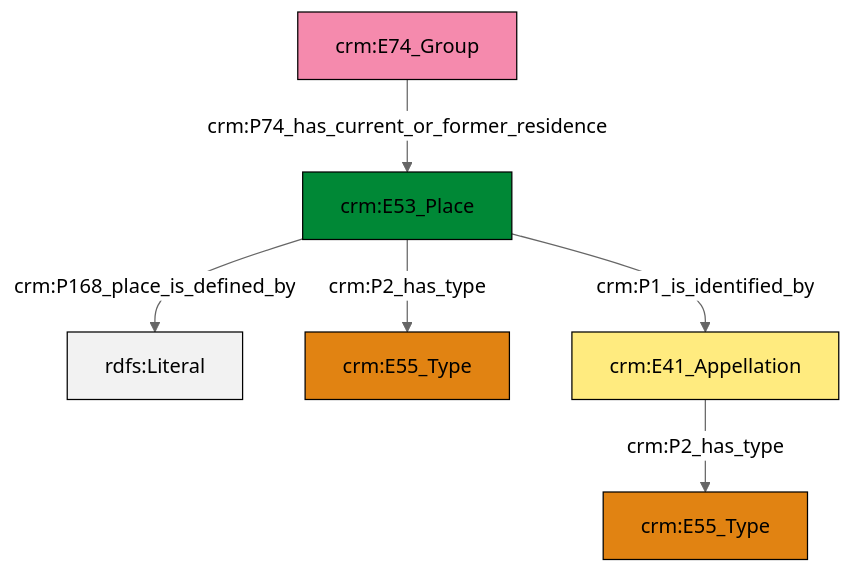
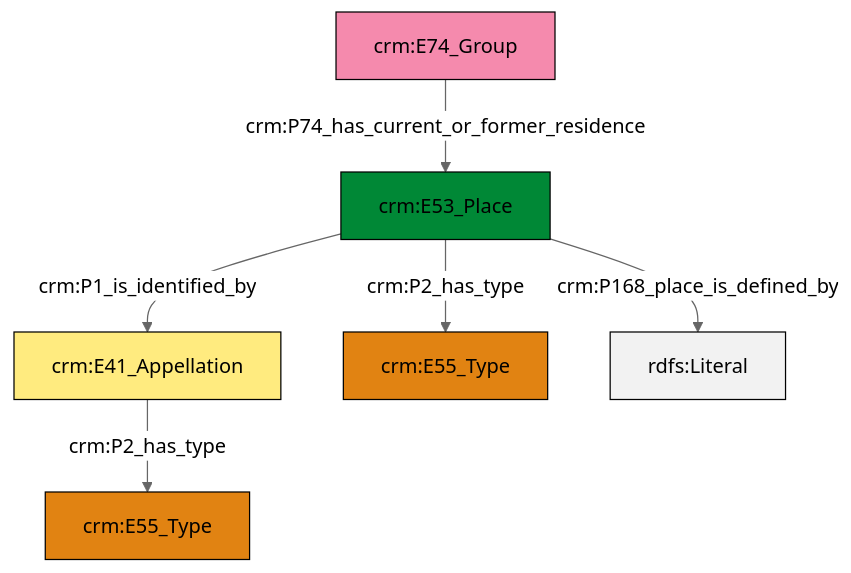
Before and after one commit to swiss-art-research-net/docs.swissartresearch: the diagram in et/groupCSV/ttl/mmd/group_location.ttl.mmd, drawn with Mermaid (neutral theme). The commit also changed 179 other files, not shown here.

```diff
--- a/et/groupCSV/ttl/mmd/group_location.ttl.mmd
+++ b/et/groupCSV/ttl/mmd/group_location.ttl.mmd
@@ -1,20 +1,20 @@
 graph TD
 classDef Literal fill:#f2f2f2,stroke:#000000;
 classDef CRM_Entity fill:#FFFFFF,stroke:#000000;
 classDef Temporal_Entity fill:#00C9E6, stroke:#000000;
 classDef Type fill:#E18312, stroke:#000000;
 classDef Time-Span fill:#2C9C91, stroke:#000000;
 classDef Appellation fill:#FFEB7F, stroke:#000000;
 classDef Place fill:#008836, stroke:#000000;
 classDef Persistent_Item fill:#B266B2, stroke:#000000;
 classDef Conceptual_Object fill:#FFD700, stroke:#000000;
 classDef Physical_Thing fill:#D2B48C, stroke:#000000;
 classDef Actor fill:#f58aad, stroke:#000000;
 classDef PC_Classes fill:#4ce600, stroke:#000000;
 classDef Multi fill:#cccccc,stroke:#000000;
 
-2["crm:E53_Place"]:::Place -->|crm:P168_place_is_defined_by| 3[rdfs:Literal]:::Literal
-0["crm:E74_Group"]:::Actor -->|crm:P74_has_current_or_former_residence| 2["crm:E53_Place"]:::Place
-2["crm:E53_Place"]:::Place -->|crm:P2_has_type| 4["crm:E55_Type"]:::Type
-2["crm:E53_Place"]:::Place -->|crm:P1_is_identified_by| 6["crm:E41_Appellation"]:::Appellation
-6["crm:E41_Appellation"]:::Appellation -->|crm:P2_has_type| 9["crm:E55_Type"]:::Type
+0["crm:E41_Appellation"]:::Appellation -->|crm:P2_has_type| 1["crm:E55_Type"]:::Type
+4["crm:E53_Place"]:::Place -->|crm:P2_has_type| 7["crm:E55_Type"]:::Type
+4["crm:E53_Place"]:::Place -->|crm:P168_place_is_defined_by| 8[rdfs:Literal]:::Literal
+9["crm:E74_Group"]:::Actor -->|crm:P74_has_current_or_former_residence| 4["crm:E53_Place"]:::Place
+4["crm:E53_Place"]:::Place -->|crm:P1_is_identified_by| 0["crm:E41_Appellation"]:::Appellation
```
